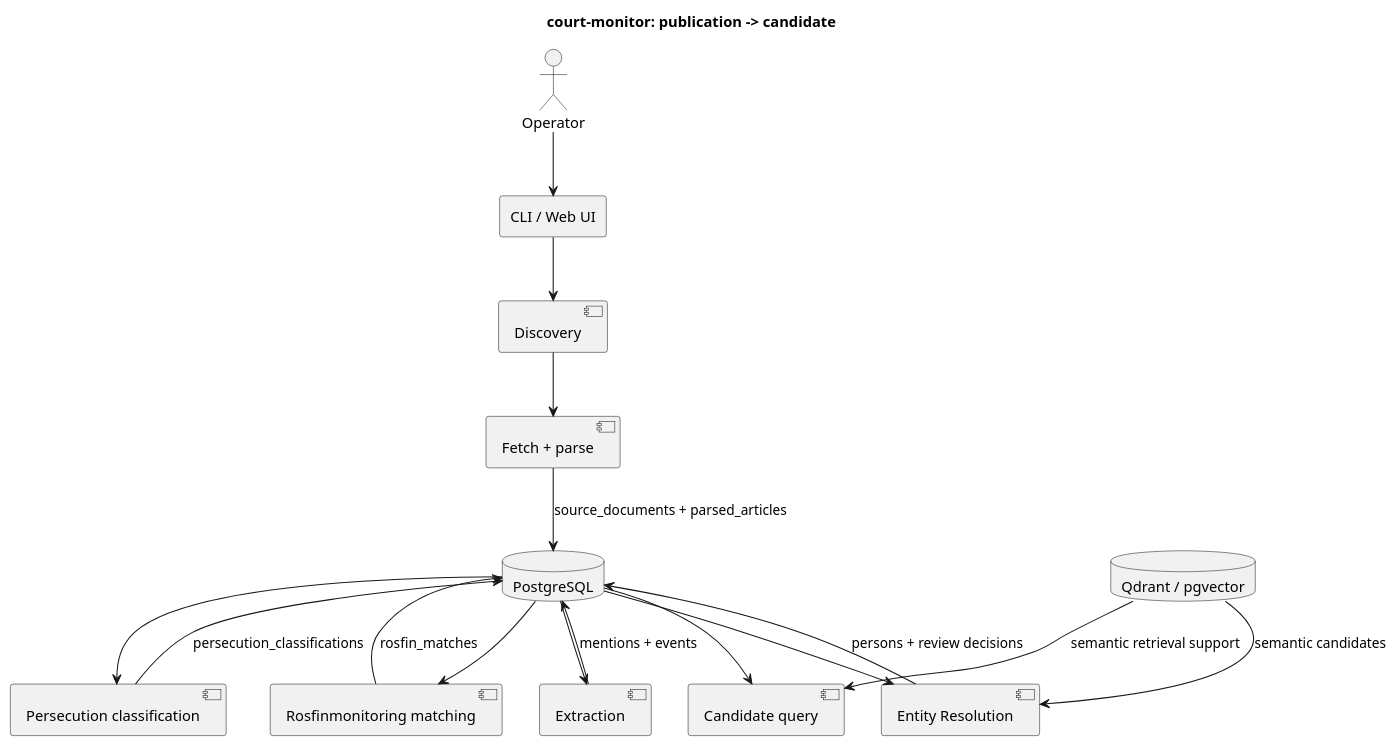
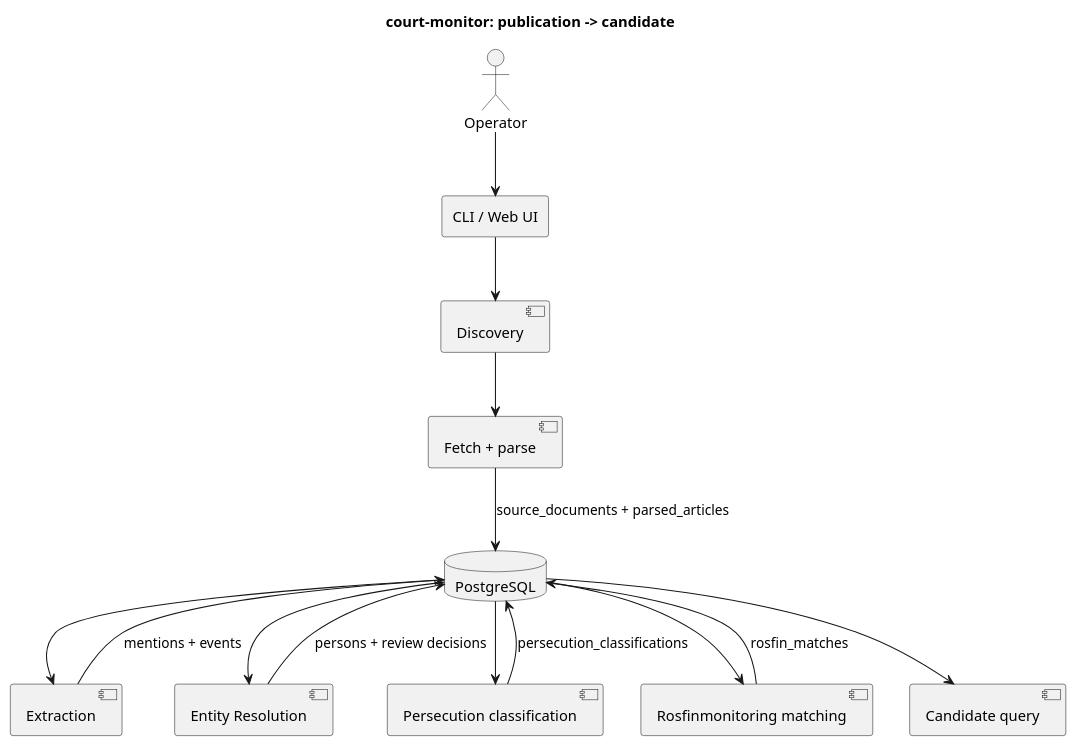
Before and after one commit to megannnn98/court-monitor: the diagram in docs/wiki/Overview.md, drawn with PlantUML. The commit also changed other lines of this file and 33 other files, not shown here.

````diff
--- a/docs/wiki/Overview.md
+++ b/docs/wiki/Overview.md
@@ -37,33 +37,30 @@
 ```plantuml
 @startuml
 title court-monitor: publication -> candidate
 
 actor Operator
 rectangle "CLI / Web UI" as Entry
 component "Discovery" as Discovery
 component "Fetch + parse" as Parse
 component "Extraction" as Extraction
 component "Entity Resolution" as ER
 component "Persecution classification" as Persecution
 component "Rosfinmonitoring matching" as RF
 component "Candidate query" as Candidates
 database "PostgreSQL" as DB
-database "Qdrant / pgvector" as Vectors
 
 Operator --> Entry
 Entry --> Discovery
 Discovery --> Parse
 Parse --> DB : source_documents + parsed_articles
 DB --> Extraction
 Extraction --> DB : mentions + events
 DB --> ER
 ER --> DB : persons + review decisions
 DB --> Persecution
 Persecution --> DB : persecution_classifications
 DB --> RF
 RF --> DB : rosfin_matches
 DB --> Candidates
-Vectors --> ER : semantic candidates
-Vectors --> Candidates : semantic retrieval support
 @enduml
 ```
````
